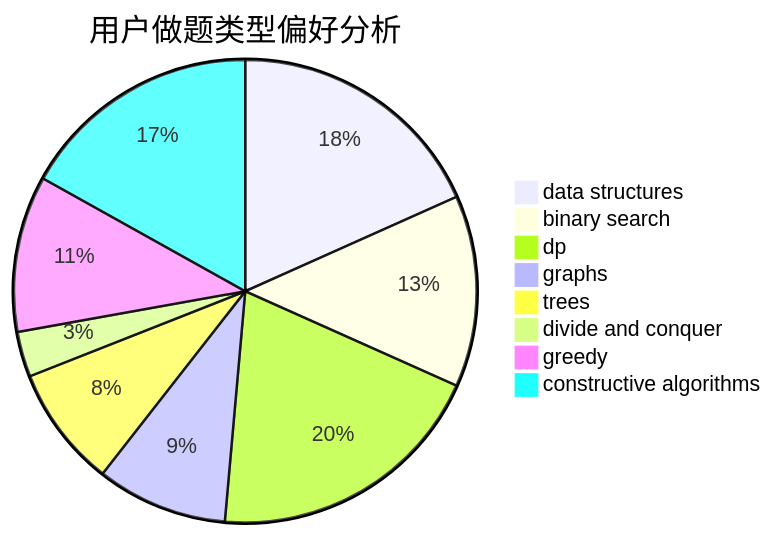
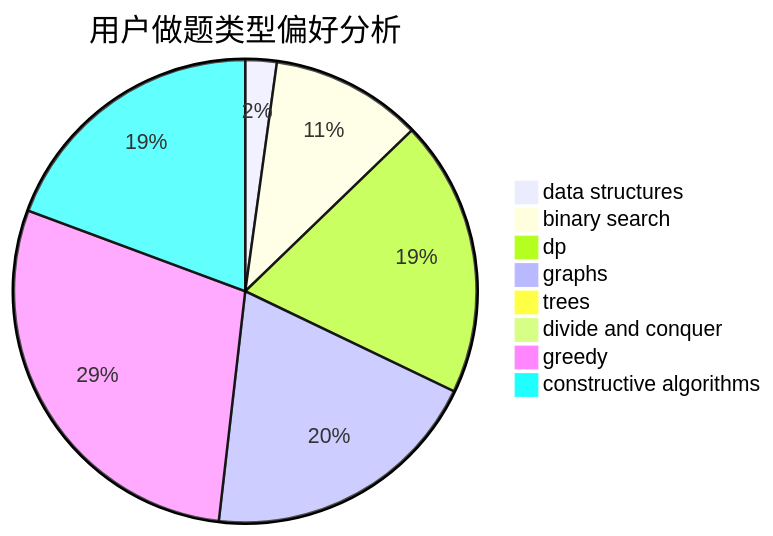
Before and after one commit to sherpahu/cfrs.github.io: the second of 3 diagrams in docs/user/u1513.md, drawn with Mermaid. The commit also changed other lines of this file and 2770 other files, not shown here.

````diff
--- a/docs/user/u1513.md
+++ b/docs/user/u1513.md
@@ -23,11 +23,11 @@
 ```mermaid
 pie title 用户做题类型偏好分析
-    "data structures" :  52
-    "binary search" :  38
-    "dp" :  56
-    "graphs" :  26
-    "trees" :  24
-    "divide and conquer" :  9
-    "greedy" :  31
-    "constructive algorithms" :  48
+    "data structures" :  6
+    "binary search" :  29
+    "dp" :  53
+    "graphs" :  54
+    "trees" :  0
+    "divide and conquer" :  1
+    "greedy" :  79
+    "constructive algorithms" :  53
 ```
````
